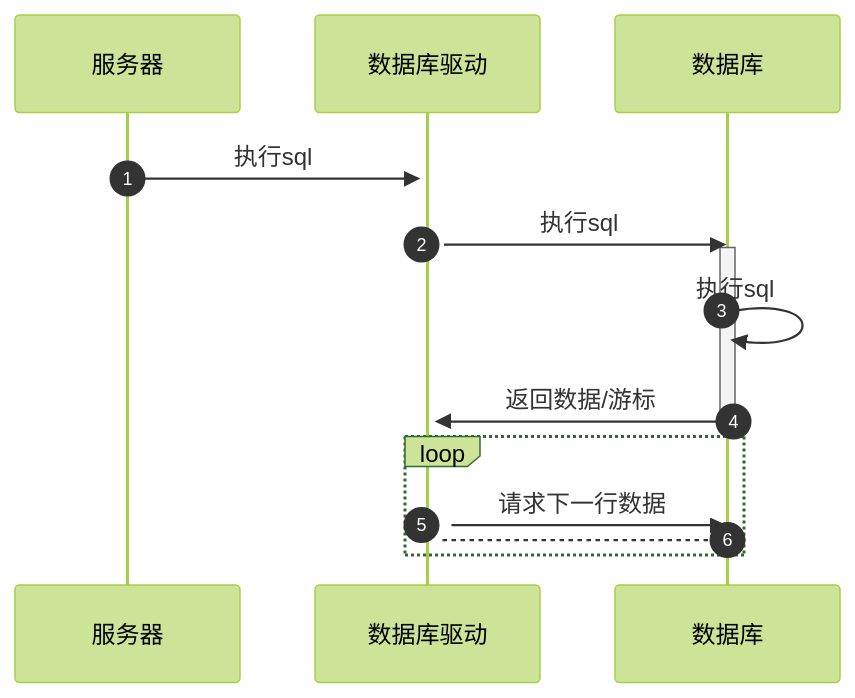
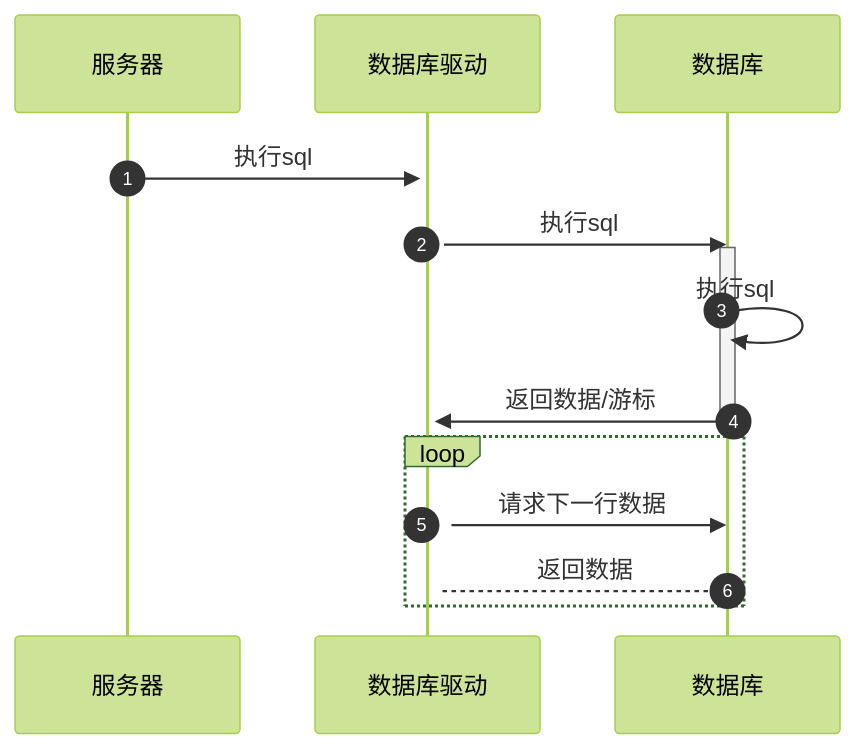
One commit to HY-10-8/iodraw-files changed the diagram in all/AI-服务查询数据.md. Above: the diagram before and after it, drawn with Mermaid (forest theme).

Commit message:
2025-11-27 17:40:54 update

````diff
--- a/all/AI-服务查询数据.md
+++ b/all/AI-服务查询数据.md
@@ -1,16 +1,16 @@
 ```mermaid
 sequenceDiagram
     autonumber
     服务器->>+数据库驱动: 执行sql
     数据库驱动->>数据库:执行sql
 
     activate 数据库
     数据库->>数据库: 执行sql
     数据库->>+数据库驱动: 返回数据/游标
     deactivate 数据库
 
     loop 
         数据库驱动->>数据库: 请求下一行数据
-        数据库-->数据库驱动: 
+        数据库-->数据库驱动: 返回数据
     end
 ```
````
